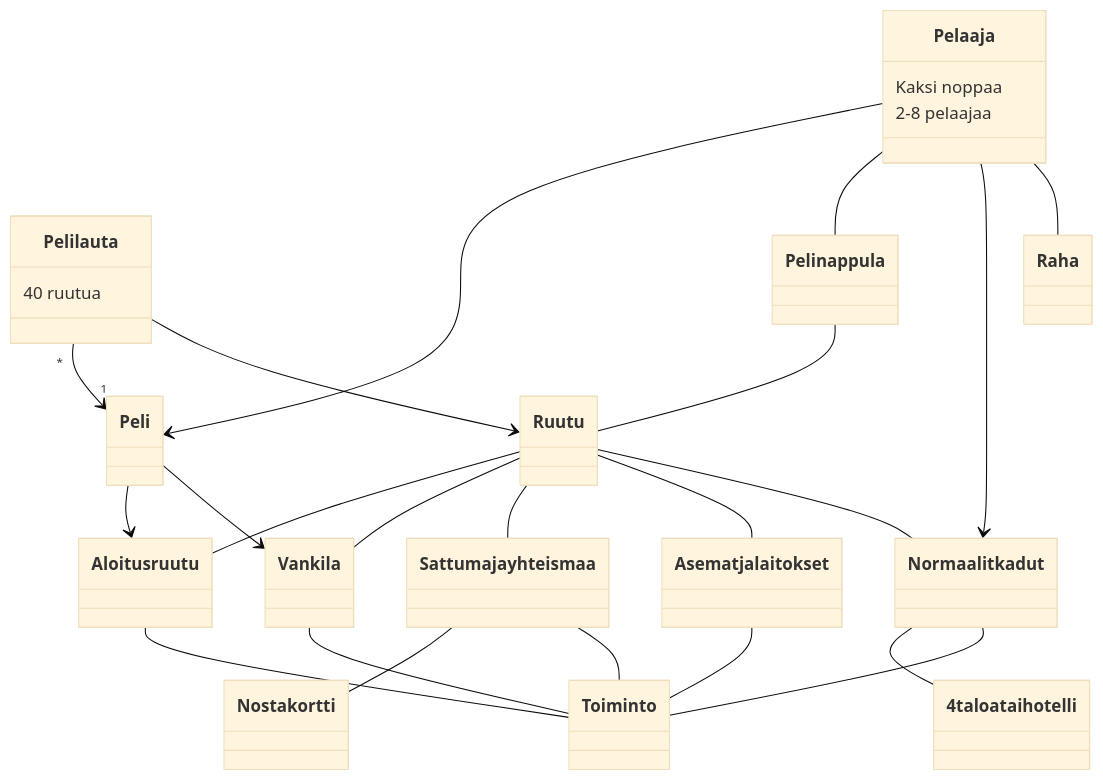
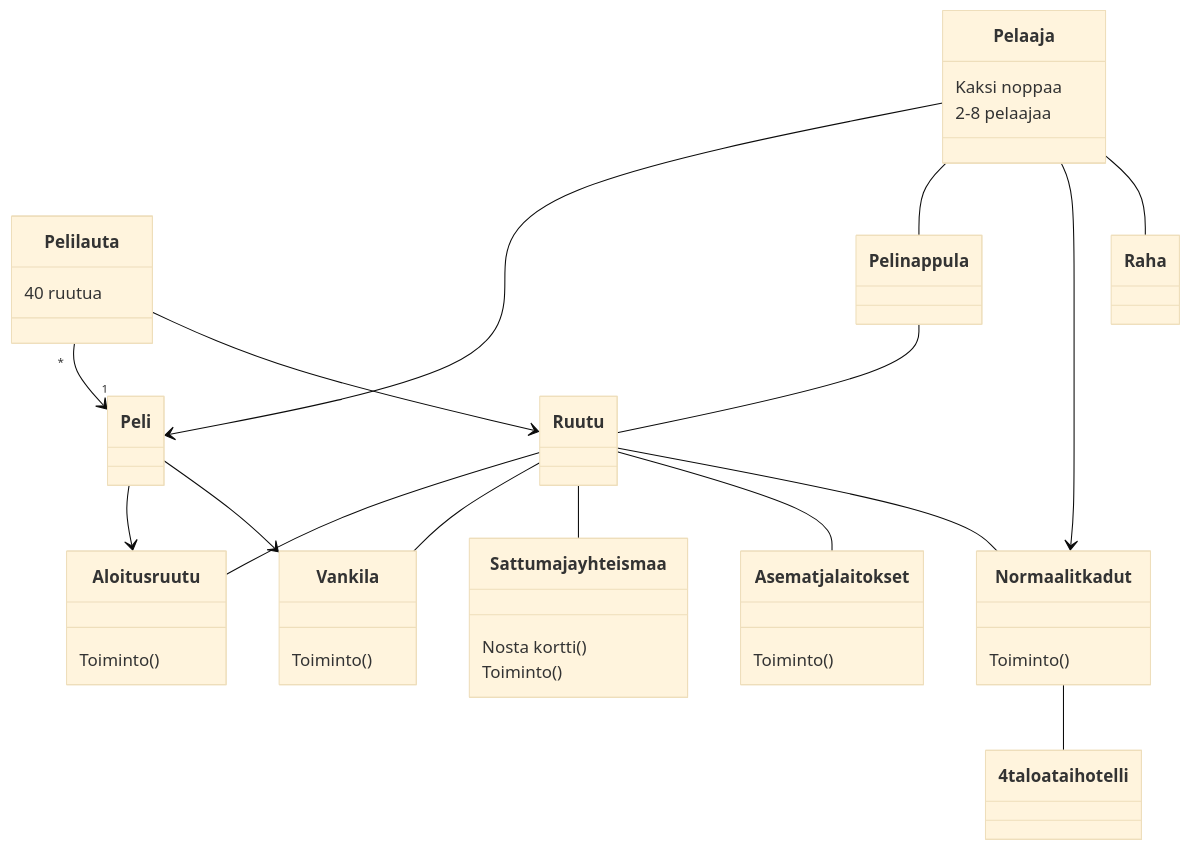
Before and after one commit to ellenra/jumping_game: the diagram in laskarit/viikko3/monopoli_luokkakaavio.md, drawn with Mermaid (base theme).

````diff
--- a/laskarit/viikko3/monopoli_luokkakaavio.md
+++ b/laskarit/viikko3/monopoli_luokkakaavio.md
@@ -1,30 +1,30 @@
 ```mermaid
  classDiagram
       Pelilauta "*" --> "1" Peli
       Pelilauta : 40 ruutua
       Pelaaja --> Peli
       Pelaaja : Kaksi noppaa
       Pelaaja : 2-8 pelaajaa
       Pelaaja -- Pelinappula
       Pelinappula -- Ruutu
       Ruutu -- Aloitusruutu
       Ruutu -- Vankila
       Ruutu -- Sattuma ja yhteismaa
       Ruutu -- Asemat ja laitokset
       Ruutu -- Normaalit kadut
       Pelilauta --> Ruutu
       Pelaaja --> Normaalit kadut
       Normaalit kadut -- 4 taloa tai hotelli
-      Normaalit kadut -- Toiminto
+      Normaalit kadut : Toiminto()
       Peli --> Aloitusruutu
       Peli --> Vankila
-      Sattuma ja yhteismaa -- Nosta kortti
-      Sattuma ja yhteismaa -- Toiminto
-      Aloitusruutu -- Toiminto
-      Vankila -- Toiminto
-      Asemat ja laitokset -- Toiminto
+      Sattuma ja yhteismaa : Nosta kortti()
+      Sattuma ja yhteismaa : Toiminto()
+      Aloitusruutu : Toiminto()
+      Vankila : Toiminto()
+      Asemat ja laitokset : Toiminto()
       Pelaaja -- Raha
       
       
      
 ```
````
